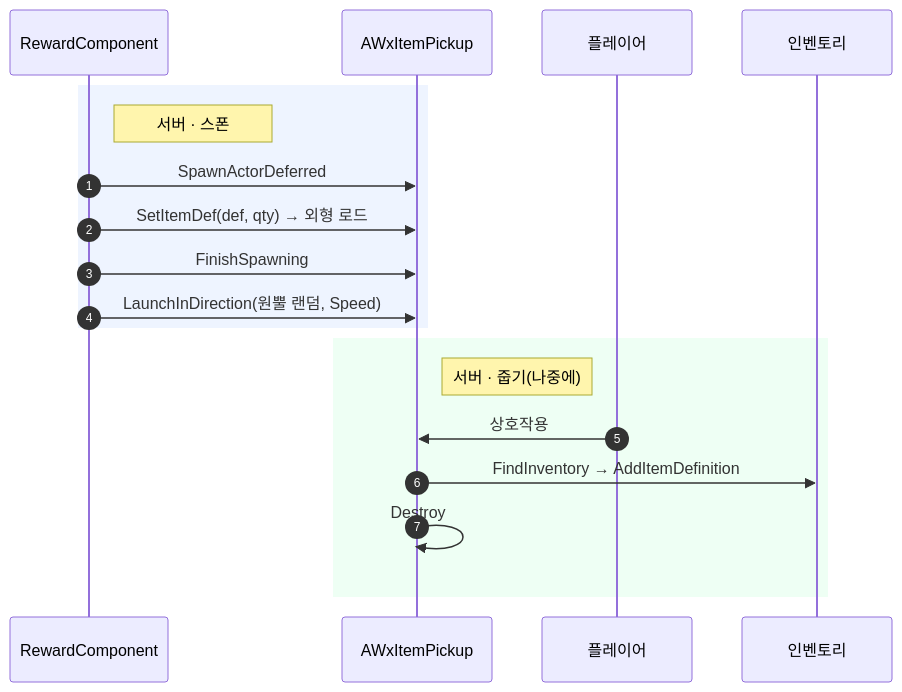
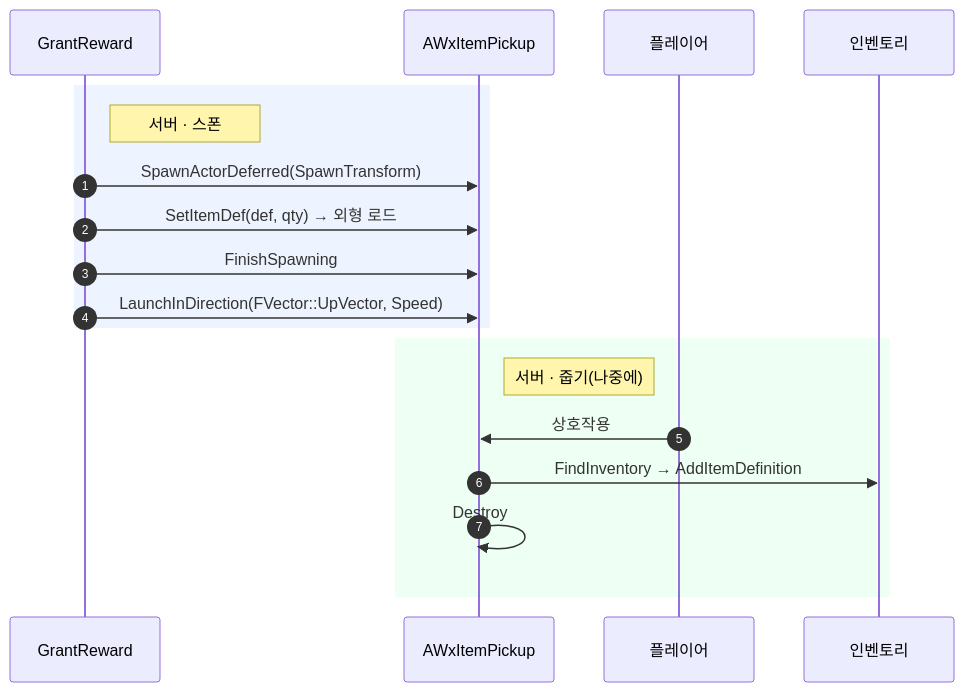
Before and after one commit to Woogl/ProjectWx: the second of 3 diagrams in Docs/Programmer/Reward_Grant_Flow.md, drawn with Mermaid. The commit also changed other lines of this file and 13 other files, not shown here.

First line of the commit message:
WxRewardComponent 제거 및 서버 권위 RewardLibrary BFL로 전환

````diff
--- a/Docs/Programmer/Reward_Grant_Flow.md
+++ b/Docs/Programmer/Reward_Grant_Flow.md
@@ -65,23 +65,23 @@
 ```mermaid
 sequenceDiagram
     autonumber
-    participant RC as RewardComponent
+    participant L as GrantReward
     participant Pickup as AWxItemPickup
     participant Player as 플레이어
     participant Inv as 인벤토리
 
     rect rgb(238,244,255)
-    note right of RC: 서버 · 스폰
-    RC->>Pickup: SpawnActorDeferred
-    RC->>Pickup: SetItemDef(def, qty) → 외형 로드
-    RC->>Pickup: FinishSpawning
-    RC->>Pickup: LaunchInDirection(원뿔 랜덤, Speed)
+    note right of L: 서버 · 스폰
+    L->>Pickup: SpawnActorDeferred(SpawnTransform)
+    L->>Pickup: SetItemDef(def, qty) → 외형 로드
+    L->>Pickup: FinishSpawning
+    L->>Pickup: LaunchInDirection(FVector::UpVector, Speed)
     end
 
     rect rgb(238,255,244)
     note right of Pickup: 서버 · 줍기(나중에)
     Player->>Pickup: 상호작용
     Pickup->>Inv: FindInventory → AddItemDefinition
     Pickup->>Pickup: Destroy
     end
 ```
````
